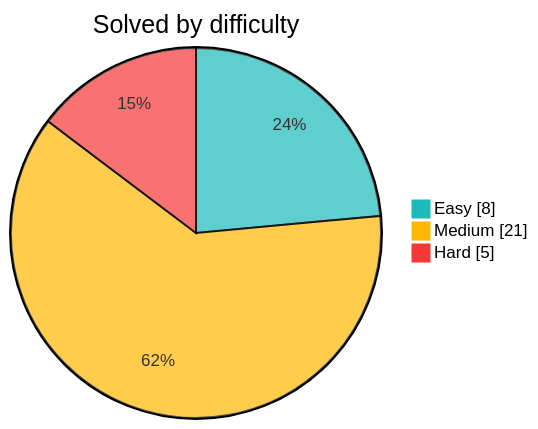
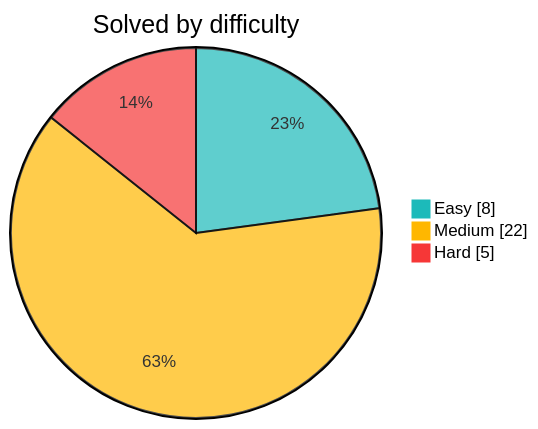
One commit to Sekler09/algorithms changed the diagram in README.md. Above: the diagram before and after it, drawn with Mermaid. The commit also changed other lines of this file and 3 other files, not shown here.

````diff
--- a/README.md
+++ b/README.md
@@ -9,8 +9,8 @@
 ```mermaid
 %%{init: {"themeVariables": {"pie1": "#1cbaba", "pie2": "#ffb700", "pie3": "#f63737"}}}%%
 pie showData
     title Solved by difficulty
     "Easy" : 8
-    "Medium" : 21
+    "Medium" : 22
     "Hard" : 5
 ```
````
